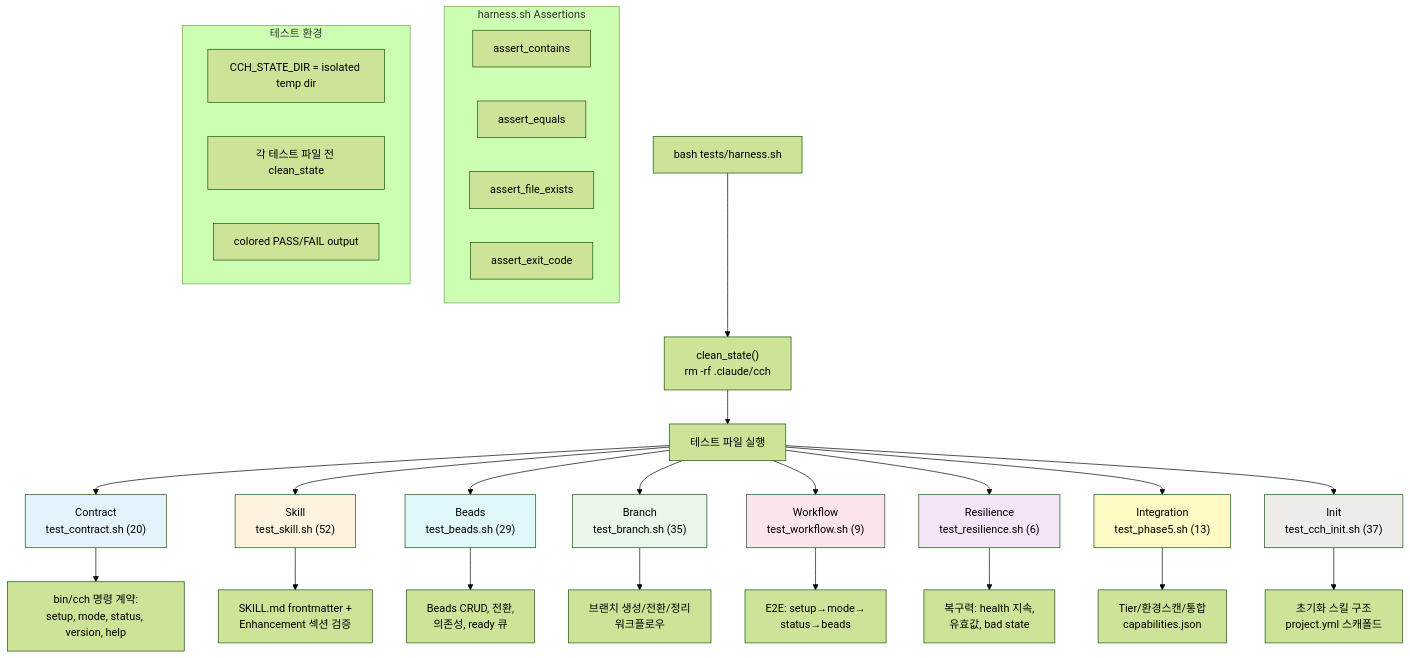
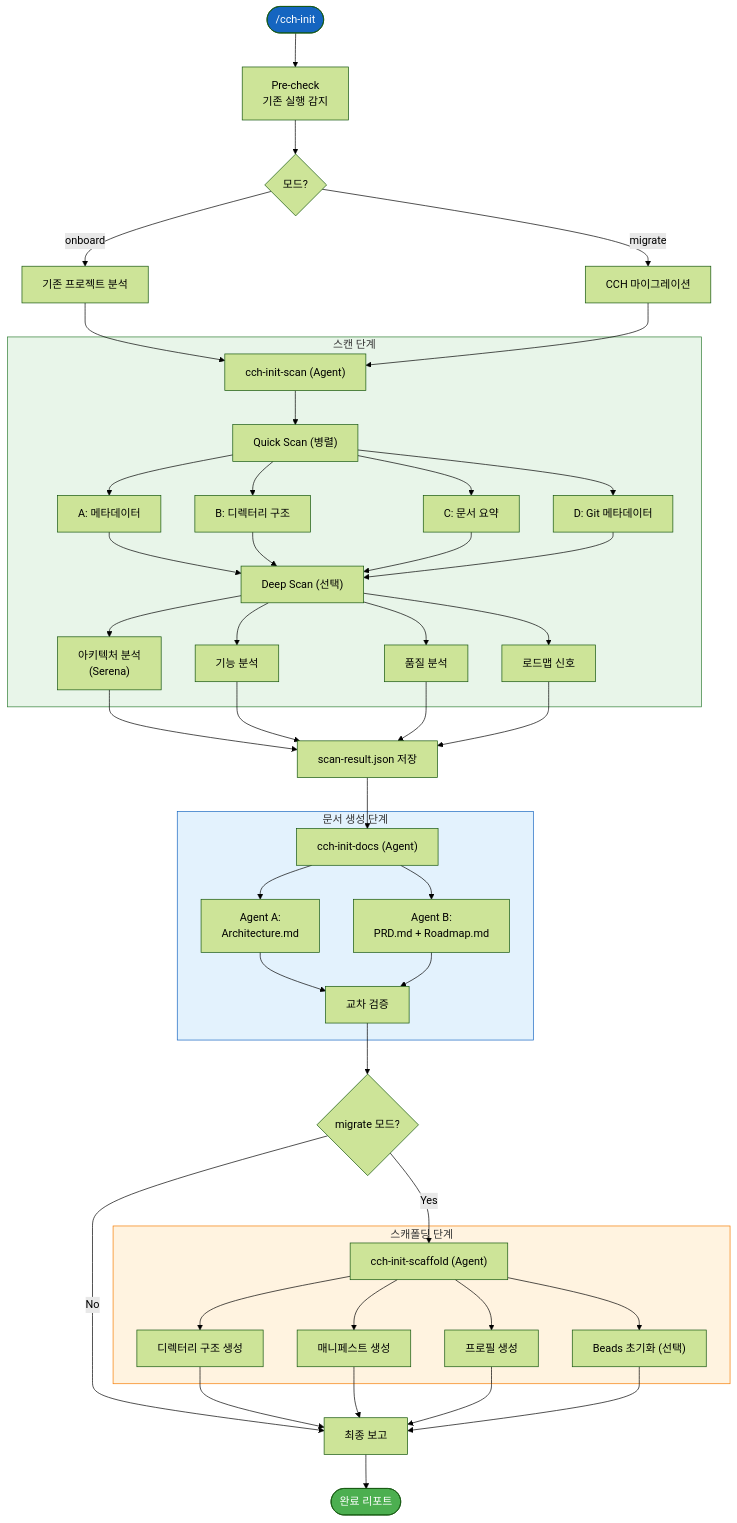
Before and after one commit to skdkfk8758/claude-code-harness: diagram 12 of 18 in docs/diagrams/cch-workflows.md, drawn with Mermaid (forest theme). The commit also changed other lines of this file and 10 other files, not shown here.

Commit message:
docs: add plan documents and diagrams from current session

````diff
--- a/docs/diagrams/cch-workflows.md
+++ b/docs/diagrams/cch-workflows.md
@@ -474,45 +572,51 @@
 ```mermaid
 flowchart TD
-    RUNNER["bash tests/harness.sh"] --> CLEAN["clean_state()<br/>rm -rf .claude/cch"]
-    CLEAN --> TESTS["테스트 파일 실행"]
+    START(["/cch-init"]) --> PRE["Pre-check<br/>기존 실행 감지"]
+    PRE --> MODE_SEL{"모드?"}
+    MODE_SEL -->|"onboard"| ONBOARD["기존 프로젝트 분석"]
+    MODE_SEL -->|"migrate"| MIGRATE["CCH 마이그레이션"]
 
-    TESTS --> T1["Contract<br/>test_contract.sh (20)"]
-    TESTS --> T2["Skill<br/>test_skill.sh (52)"]
-    TESTS --> T3["Beads<br/>test_beads.sh (29)"]
-    TESTS --> T4["Branch<br/>test_branch.sh (35)"]
-    TESTS --> T5["Workflow<br/>test_workflow.sh (9)"]
-    TESTS --> T6["Resilience<br/>test_resilience.sh (6)"]
-    TESTS --> T7["Integration<br/>test_phase5.sh (13)"]
-    TESTS --> T8["Init<br/>test_cch_init.sh (37)"]
+    ONBOARD & MIGRATE --> SCAN["cch-init-scan (Agent)"]
 
-    T1 --> T1D["bin/cch 명령 계약:<br/>setup, mode, status, version, help"]
-    T2 --> T2D["SKILL.md frontmatter +<br/>Enhancement 섹션 검증"]
-    T3 --> T3D["Beads CRUD, 전환,<br/>의존성, ready 큐"]
-    T4 --> T4D["브랜치 생성/전환/정리<br/>워크플로우"]
-    T5 --> T5D["E2E: setup→mode→<br/>status→beads"]
-    T6 --> T6D["복구력: health 지속,<br/>유효값, bad state"]
-    T7 --> T7D["Tier/환경스캔/통합<br/>capabilities.json"]
-    T8 --> T8D["초기화 스킬 구조<br/>project.yml 스캐폴드"]
-
-    subgraph Assertions["harness.sh Assertions"]
-        A1["assert_contains"]
-        A2["assert_equals"]
-        A3["assert_file_exists"]
-        A4["assert_exit_code"]
+    subgraph SCAN_BOX["스캔 단계"]
+        SCAN --> QS["Quick Scan (병렬)"]
+        QS --> QS1["A: 메타데이터"]
+        QS --> QS2["B: 디렉터리 구조"]
+        QS --> QS3["C: 문서 요약"]
+        QS --> QS4["D: Git 메타데이터"]
+        QS1 & QS2 & QS3 & QS4 --> DS["Deep Scan (선택)"]
+        DS --> DS1["아키텍처 분석<br/>(Serena)"]
+        DS --> DS2["기능 분석"]
+        DS --> DS3["품질 분석"]
+        DS --> DS4["로드맵 신호"]
     end
 
-    subgraph Environment["테스트 환경"]
-        ENV1["CCH_STATE_DIR = isolated temp dir"]
-        ENV2["각 테스트 파일 전 clean_state"]
-        ENV3["colored PASS/FAIL output"]
+    DS1 & DS2 & DS3 & DS4 --> SAVE_SCAN["scan-result.json 저장"]
+
+    SAVE_SCAN --> DOCS_PHASE["cch-init-docs (Agent)"]
+    subgraph DOCS_BOX["문서 생성 단계"]
+        DOCS_PHASE --> DOC_A["Agent A:<br/>Architecture.md"]
+        DOCS_PHASE --> DOC_B["Agent B:<br/>PRD.md + Roadmap.md"]
+        DOC_A & DOC_B --> CROSS["교차 검증"]
     end
 
-    style T1 fill:#E3F2FD
-    style T2 fill:#FFF3E0
-    style T3 fill:#E0F7FA
-    style T4 fill:#E8F5E9
-    style T5 fill:#FCE4EC
-    style T6 fill:#F3E5F5
-    style T7 fill:#FFF9C4
-    style T8 fill:#EFEBE9
+    CROSS --> SCAFFOLD_CHK{"migrate 모드?"}
+    SCAFFOLD_CHK -->|No| FINAL["최종 보고"]
+    SCAFFOLD_CHK -->|Yes| SCAFFOLD["cch-init-scaffold (Agent)"]
+
+    subgraph SCAFFOLD_BOX["스캐폴딩 단계"]
+        SCAFFOLD --> SC1["디렉터리 구조 생성"]
+        SCAFFOLD --> SC2["매니페스트 생성"]
+        SCAFFOLD --> SC3["프로필 생성"]
+        SCAFFOLD --> SC4["Beads 초기화 (선택)"]
+    end
+
+    SC1 & SC2 & SC3 & SC4 --> FINAL
+    FINAL --> DONE(["완료 리포트"])
+
+    style START fill:#1565C0,color:white
+    style DONE fill:#4CAF50,color:white
+    style SCAN_BOX fill:#E8F5E9,stroke:#2E7D32
+    style DOCS_BOX fill:#E3F2FD,stroke:#1565C0
+    style SCAFFOLD_BOX fill:#FFF3E0,stroke:#F57C00
 ```
````
